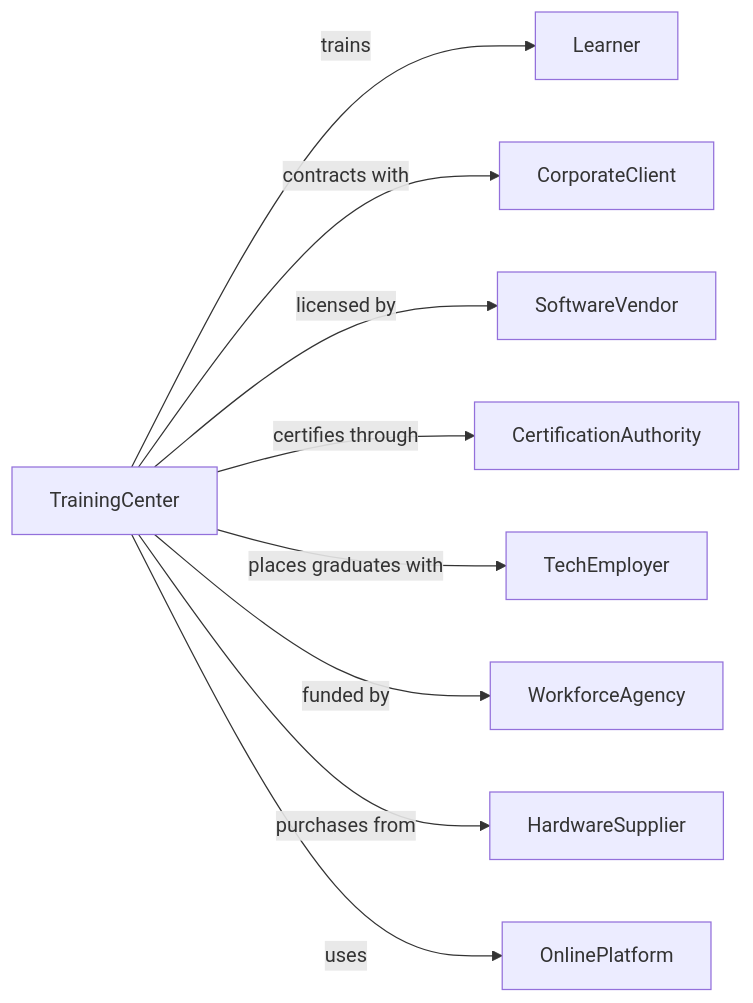
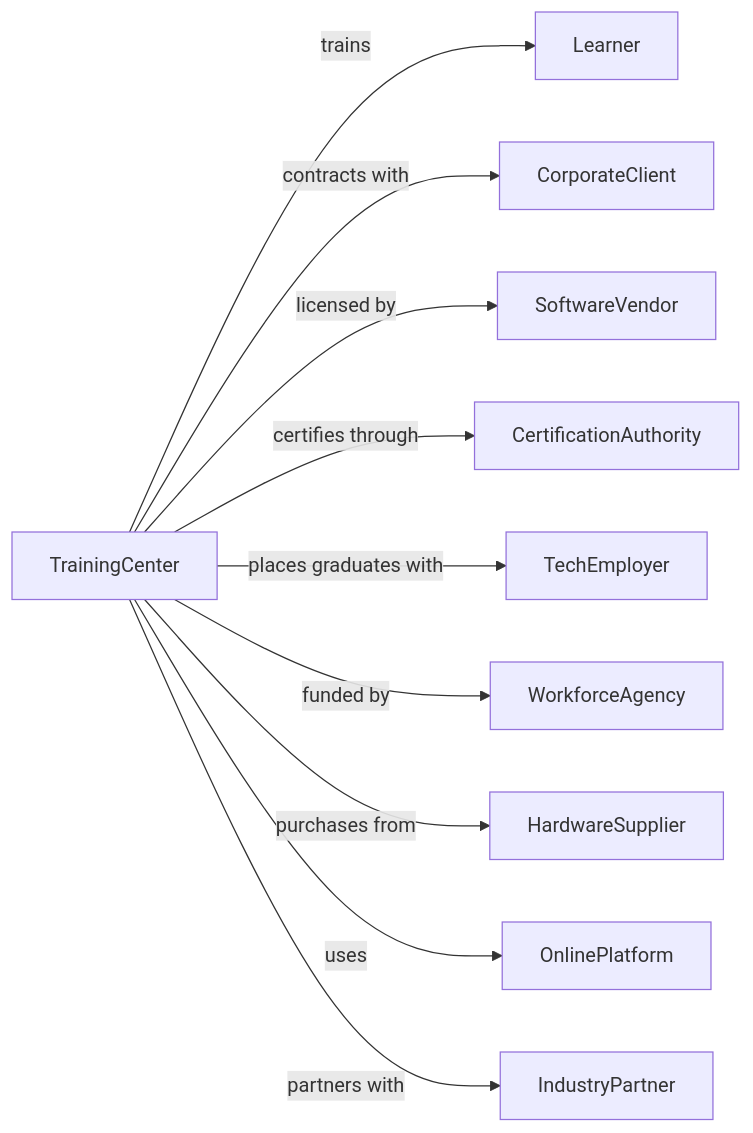
One commit to dot-org-ai/industries.org.ai changed the second of 2 diagrams in Education/Education/BusinessSchoolsAndComputerAndManagementTraining/ComputerTraining.mdx. Above: the diagram before and after it, drawn with Mermaid. The commit also changed 588 other files, not shown here.

````diff
--- a/Education/Education/BusinessSchoolsAndComputerAndManagementTraining/ComputerTraining.mdx
+++ b/Education/Education/BusinessSchoolsAndComputerAndManagementTraining/ComputerTraining.mdx
@@ -142,13 +142,14 @@
 ```mermaid
 graph LR
     T[TrainingCenter]
 
     T -->|trains| Learner
     T -->|contracts with| CorporateClient
     T -->|licensed by| SoftwareVendor
     T -->|certifies through| CertificationAuthority
     T -->|places graduates with| TechEmployer
     T -->|funded by| WorkforceAgency
     T -->|purchases from| HardwareSupplier
     T -->|uses| OnlinePlatform
+    T -->|partners with| IndustryPartner
 ```
````
